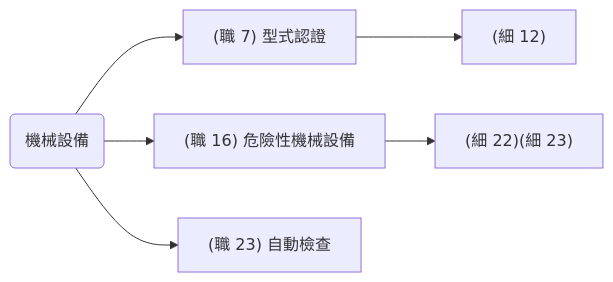
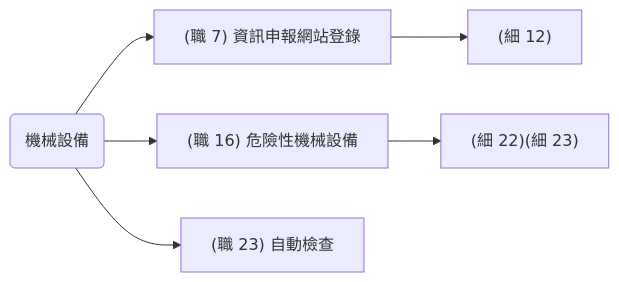
The diagram in docs/E_設備與防護/機械設備.md (YuCH-Hank/OSH), drawn with Mermaid before and after one commit. The commit also changed other lines of this file and 3 other files, not shown here.

````diff
--- a/docs/E_設備與防護/機械設備.md
+++ b/docs/E_設備與防護/機械設備.md
@@ -5,8 +5,8 @@
 ```mermaid
 flowchart LR
-    A("機械設備") --> B["(職 7) 型式認證"]
+    A("機械設備") --> B["(職 7) 資訊申報網站登錄"]
     B --> C["(細 12)"]
     A --> D["(職 16) 危險性機械設備"]
     D --> E["(細 22)(細 23)"]
     A --> F["(職 23) 自動檢查"]
 ```
````
